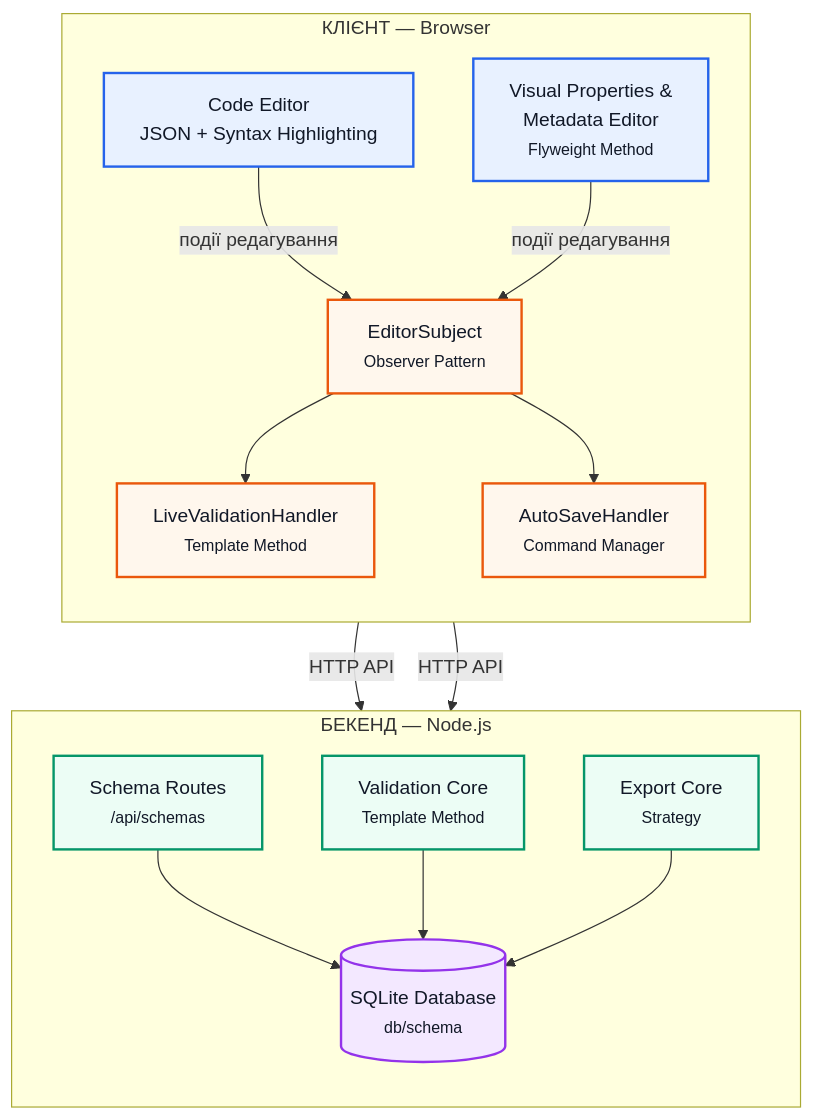
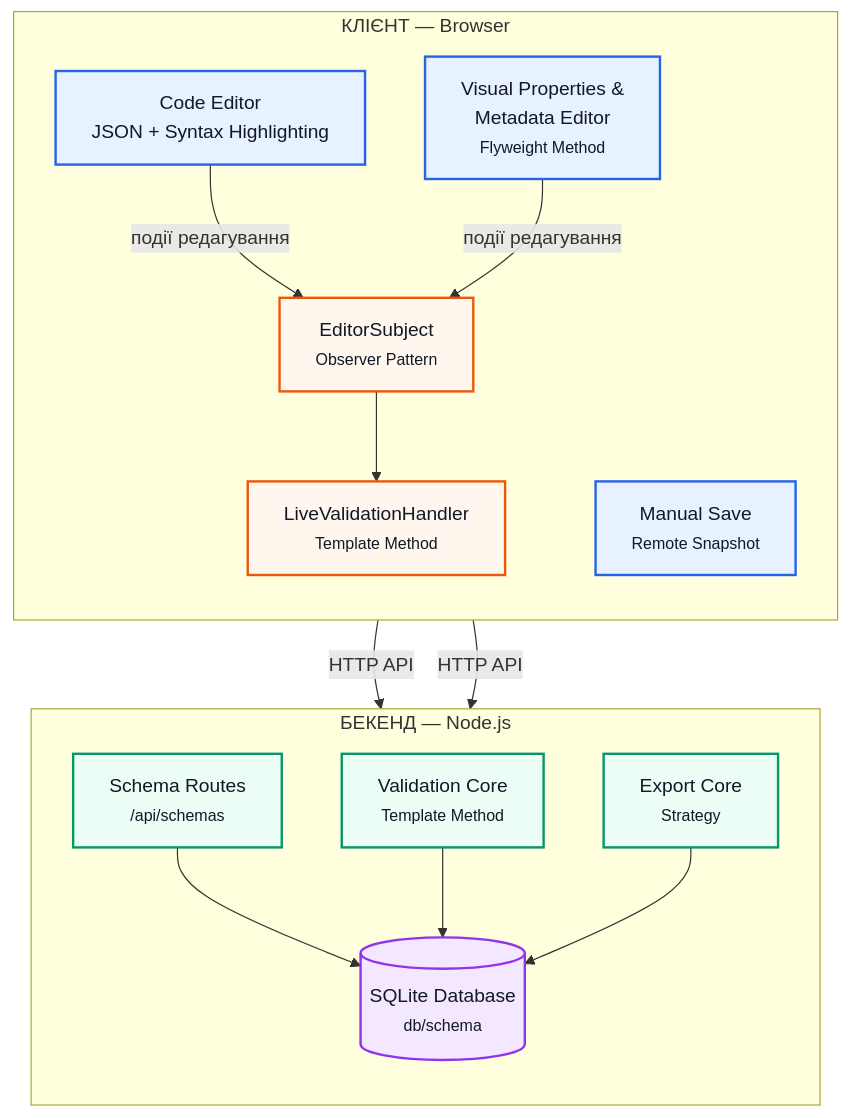
One commit to arturiliushchits/jsontool changed the first of 2 diagrams in standards/spec.md. Above: the diagram before and after it, drawn with Mermaid. The commit also changed other lines of this file and 9 other files, not shown here.

````diff
--- a/standards/spec.md
+++ b/standards/spec.md
@@ -16,53 +16,53 @@
 ```mermaid
 flowchart TB
     %% ================= CLIENT =================
     subgraph CLIENT["КЛІЄНТ — Browser"]
         direction TB
 
         EDITOR["Code Editor<br/>JSON + Syntax Highlighting"]
         PROPS["Visual Properties &<br/>Metadata Editor<br/><small>Flyweight Method</small>"]
 
         SUBJECT["EditorSubject<br/><small>Observer Pattern</small>"]
 
         VALIDATION["LiveValidationHandler<br/><small>Template Method</small>"]
-        AUTOSAVE["AutoSaveHandler<br/><small>Command Manager</small>"]
+        SAVE["Manual Save<br/><small>Remote Snapshot</small>"]
 
         EDITOR -->|"події редагування"| SUBJECT
         PROPS -->|"події редагування"| SUBJECT
 
         SUBJECT --> VALIDATION
-        SUBJECT --> AUTOSAVE
     end
 
     %% ================= API =================
     VALIDATION -->|"HTTP API"| ROUTES
-    AUTOSAVE -->|"HTTP API"| ROUTES
+      SAVE -->|"HTTP API"| ROUTES
 
     %% ================= BACKEND =================
     subgraph BACKEND["БЕКЕНД — Node.js"]
         direction TB
 
         ROUTES["Schema Routes<br/><small>/api/schemas</small>"]
         CORE["Validation Core<br/><small>Template Method</small>"]
         EXPORT["Export Core<br/><small>Strategy</small>"]
 
         ROUTES --> DB
         CORE --> DB
         EXPORT --> DB
     end
 
     %% ================= DATABASE =================
     DB[("SQLite Database<br/><small>db/schema</small>")]
 
     %% ================= STYLES =================
     classDef client fill:#e8f1ff,stroke:#2563eb,stroke-width:2px,color:#111827
     classDef backend fill:#ecfdf5,stroke:#059669,stroke-width:2px,color:#111827
     classDef pattern fill:#fff7ed,stroke:#ea580c,stroke-width:2px,color:#111827
     classDef database fill:#f3e8ff,stroke:#9333ea,stroke-width:2px,color:#111827
 
     class EDITOR,PROPS client
-    class SUBJECT,VALIDATION,AUTOSAVE pattern
+    class SUBJECT,VALIDATION pattern
+    class SAVE client
     class ROUTES,CORE,EXPORT backend
     class DB database
 
 ```
````
